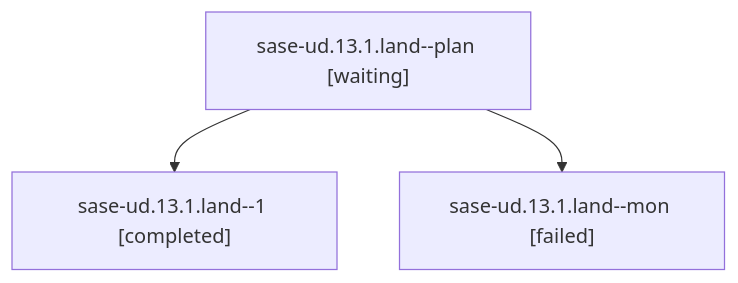
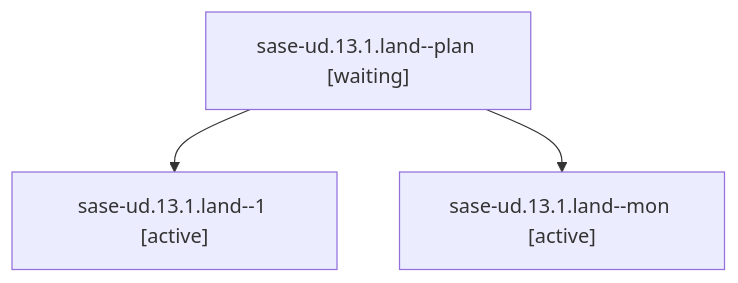
Before and after one commit to sase-org/sase--agents: the diagram in families/bbugyi200.athena.sase-ud.13.1.land.md, drawn with Mermaid. The commit also changed other lines of this file and 35830 other files, not shown here.

````diff
--- a/families/bbugyi200.athena.sase-ud.13.1.land.md
+++ b/families/bbugyi200.athena.sase-ud.13.1.land.md
@@ -9,8 +9,8 @@
 ```mermaid
 flowchart TD
   n0["sase-ud.13.1.land--plan [waiting]"]
-  n1["sase-ud.13.1.land--1 [completed]"]
+  n1["sase-ud.13.1.land--1 [active]"]
   n0 --> n1
-  n2["sase-ud.13.1.land--mon [failed]"]
+  n2["sase-ud.13.1.land--mon [active]"]
   n0 --> n2
 ```
````
